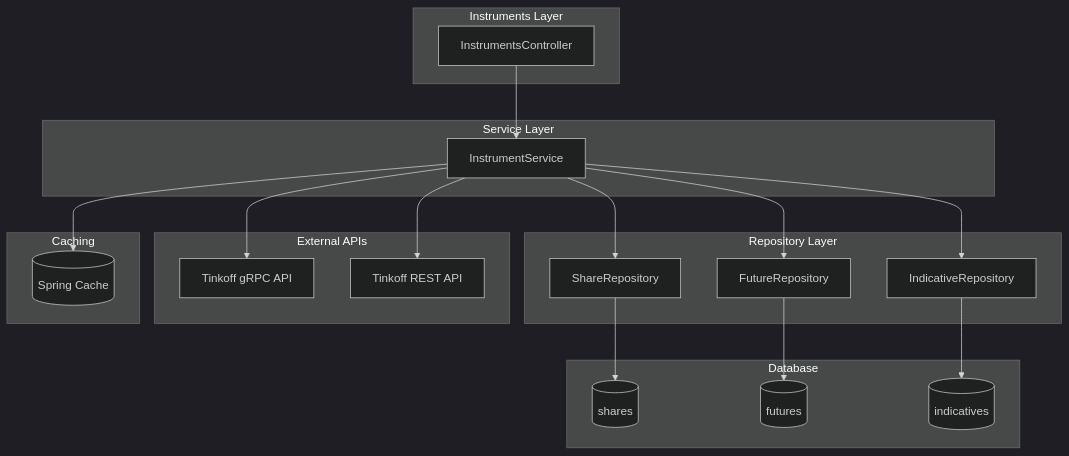
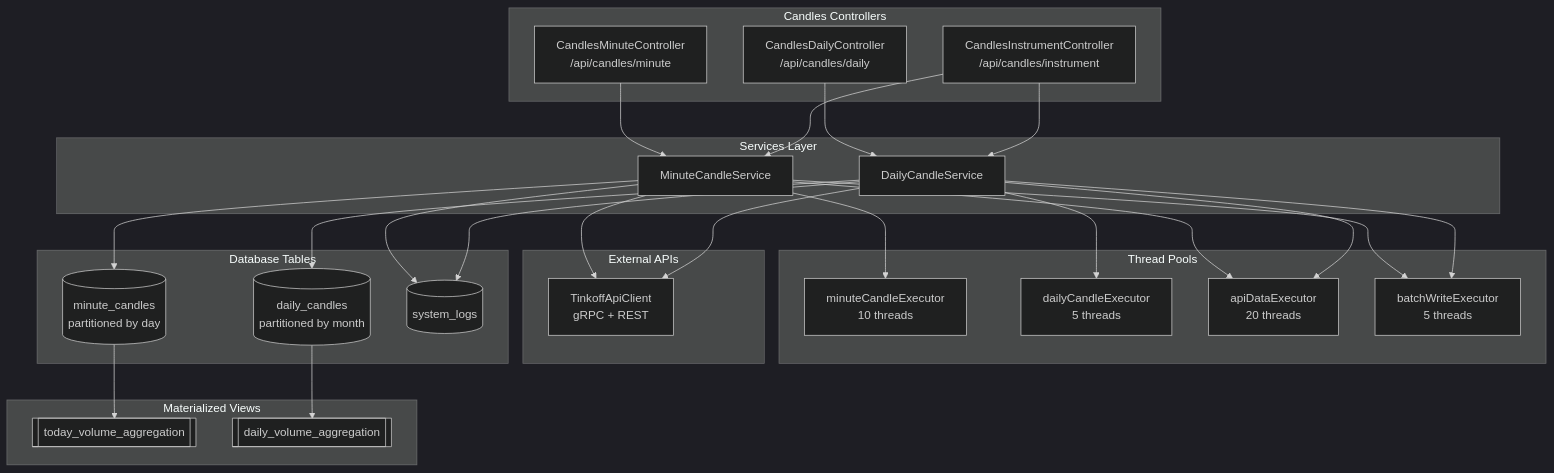
The second of 8 diagrams in docs/diagrams/architecture.md (Vasilek1993111/InvestmentDataLoaderService), drawn with Mermaid (dark theme) before and after one commit. The commit also changed other lines of this file and 19 other files, not shown here.

````diff
--- a/docs/diagrams/architecture.md
+++ b/docs/diagrams/architecture.md
@@ -110,43 +179,58 @@
 ```mermaid
 graph TB
-  subgraph "Instruments Layer"
-    IC[InstrumentsController]
+  subgraph "Candles Controllers"
+    CM[CandlesMinuteController<br/>/api/candles/minute]
+    CD[CandlesDailyController<br/>/api/candles/daily]
+    CI[CandlesInstrumentController<br/>/api/candles/instrument]
   end
   
-  subgraph "Service Layer"
-    IS[InstrumentService]
+  subgraph "Services Layer"
+    MS[MinuteCandleService]
+    DS[DailyCandleService]
   end
   
-  subgraph "Repository Layer"
-    SR[ShareRepository]
-    FR[FutureRepository]
-    IR[IndicativeRepository]
+  subgraph "Thread Pools"
+    MCE[minuteCandleExecutor<br/>10 threads]
+    DCE[dailyCandleExecutor<br/>5 threads]
+    ADE[apiDataExecutor<br/>20 threads]
+    BWE[batchWriteExecutor<br/>5 threads]
   end
   
   subgraph "External APIs"
-    TINKOFF_GRPC[Tinkoff gRPC API]
-    TINKOFF_REST[Tinkoff REST API]
+    TAPI[TinkoffApiClient<br/>gRPC + REST]
   end
   
-  subgraph "Database"
-    S_TBL[(shares)]
-    F_TBL[(futures)]
-    I_TBL[(indicatives)]
+  subgraph "Database Tables"
+    MC_TBL[(minute_candles<br/>partitioned by day)]
+    DC_TBL[(daily_candles<br/>partitioned by month)]
+    SL_TBL[(system_logs)]
   end
   
-  subgraph "Caching"
-    CACHE[(Spring Cache)]
+  subgraph "Materialized Views"
+    MV_TODAY[[today_volume_aggregation]]
+    MV_DAILY[[daily_volume_aggregation]]
   end
 
-  IC --> IS
-  IS --> SR
-  IS --> FR
-  IS --> IR
-  IS --> TINKOFF_GRPC
-  IS --> TINKOFF_REST
-  IS --> CACHE
+  CM --> MS
+  CD --> DS
+  CI --> MS
+  CI --> DS
   
-  SR --> S_TBL
-  FR --> F_TBL
-  IR --> I_TBL
+  MS --> MCE
+  MS --> ADE
+  MS --> BWE
+  DS --> DCE
+  DS --> ADE
+  DS --> BWE
+  
+  MS --> TAPI
+  DS --> TAPI
+  
+  MS --> MC_TBL
+  DS --> DC_TBL
+  MS --> SL_TBL
+  DS --> SL_TBL
+  
+  MC_TBL --> MV_TODAY
+  DC_TBL --> MV_DAILY
 ```
````
